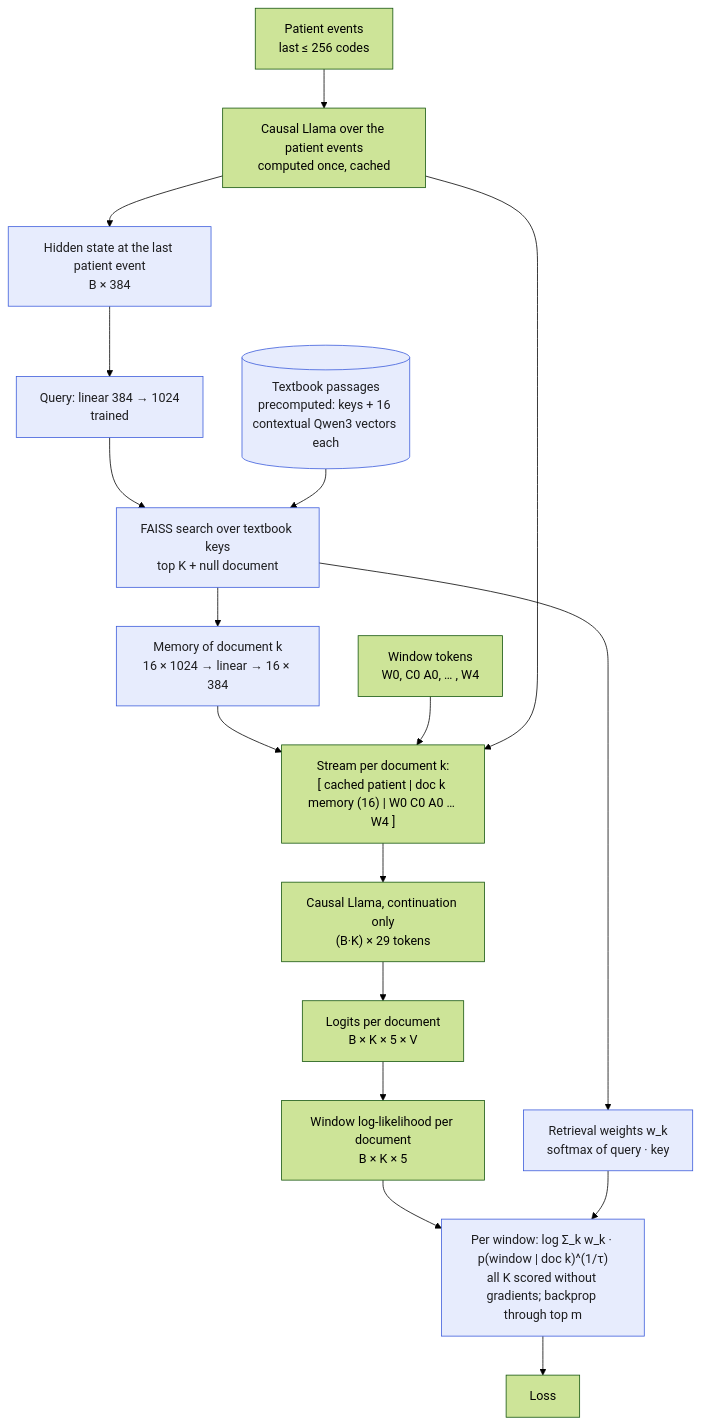
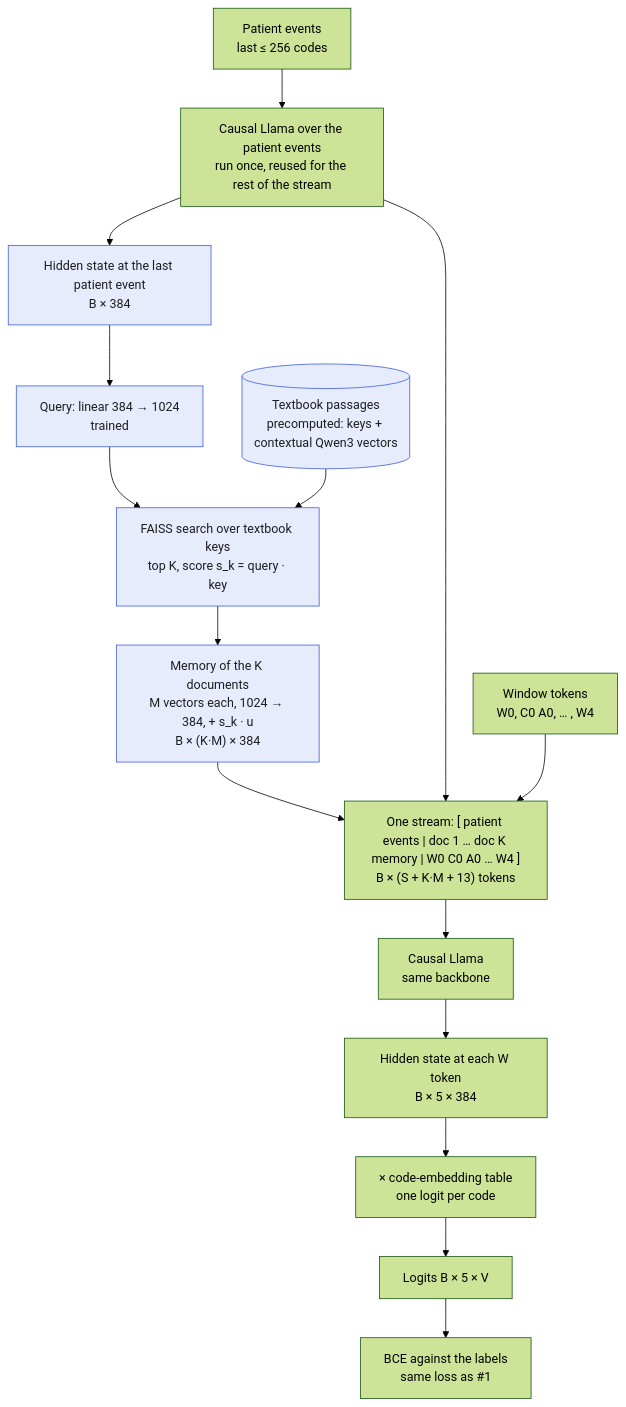
Before and after one commit to McDermottHealthAI/medrap-experiments: the second of 2 diagrams in everyquery/README.md, drawn with Mermaid (forest theme). The commit also changed other lines of this file and 1 other file, not shown here.

Commit message:
everyquery: retrieval as documents in context (no new loss or hyperparameters); README diagram updated

````diff
--- a/everyquery/README.md
+++ b/everyquery/README.md
@@ -33,23 +33,20 @@
 ```mermaid
 flowchart TB
-    P["Patient events<br/>last ≤ 256 codes"] --> LP["Causal Llama over the patient events<br/>computed once, cached"]
+    P["Patient events<br/>last ≤ 256 codes"] --> LP["Causal Llama over the patient events<br/>run once, reused for the rest of the stream"]
     LP --> HL["Hidden state at the last patient event<br/>B × 384"]
     HL --> QP["Query: linear 384 → 1024<br/>trained"]
-    QP --> F["FAISS search over textbook keys<br/>top K + null document"]
-    DB[("Textbook passages<br/>precomputed: keys + 16 contextual Qwen3 vectors each")] --> F
-    F --> MEM["Memory of document k<br/>16 × 1024 → linear → 16 × 384"]
-    F --> WK["Retrieval weights w_k<br/>softmax of query · key"]
+    QP --> F["FAISS search over textbook keys<br/>top K, score s_k = query · key"]
+    DB[("Textbook passages<br/>precomputed: keys + contextual Qwen3 vectors")] --> F
+    F --> MEM["Memory of the K documents<br/>M vectors each, 1024 → 384, + s_k · u<br/>B × (K·M) × 384"]
     MEM --> S
+    LP --> S
     Q["Window tokens<br/>W0, C0 A0, … , W4"] --> S
-    S["Stream per document k:<br/>[ cached patient | doc k memory (16) | W0 C0 A0 … W4 ]"]
-    S --> L["Causal Llama, continuation only<br/>(B·K) × 29 tokens"]
-    L --> O["Logits per document<br/>B × K × 5 × V"]
-    O --> LL["Window log-likelihood per document<br/>B × K × 5"]
-    LL --> C
-    WK --> C
-    C["Per window: log Σ_k w_k · p(window | doc k)^(1/τ)<br/>all K scored without gradients; backprop through top m"]
-    C --> Loss["Loss"]
-    LP --> S
+    S["One stream: [ patient events | doc 1 … doc K memory | W0 C0 A0 … W4 ]<br/>B × (S + K·M + 13) tokens"]
+    S --> L["Causal Llama<br/>same backbone"]
+    L --> H["Hidden state at each W token<br/>B × 5 × 384"]
+    H --> R["× code-embedding table<br/>one logit per code"]
+    R --> O["Logits B × 5 × V"]
+    O --> Loss["BCE against the labels<br/>same loss as #1"]
     classDef added fill:#e7ecfd,stroke:#3b5bdb,color:#1d1d1f
-    class HL,QP,F,DB,MEM,WK,C added
+    class HL,QP,F,DB,MEM added
 ```
````
